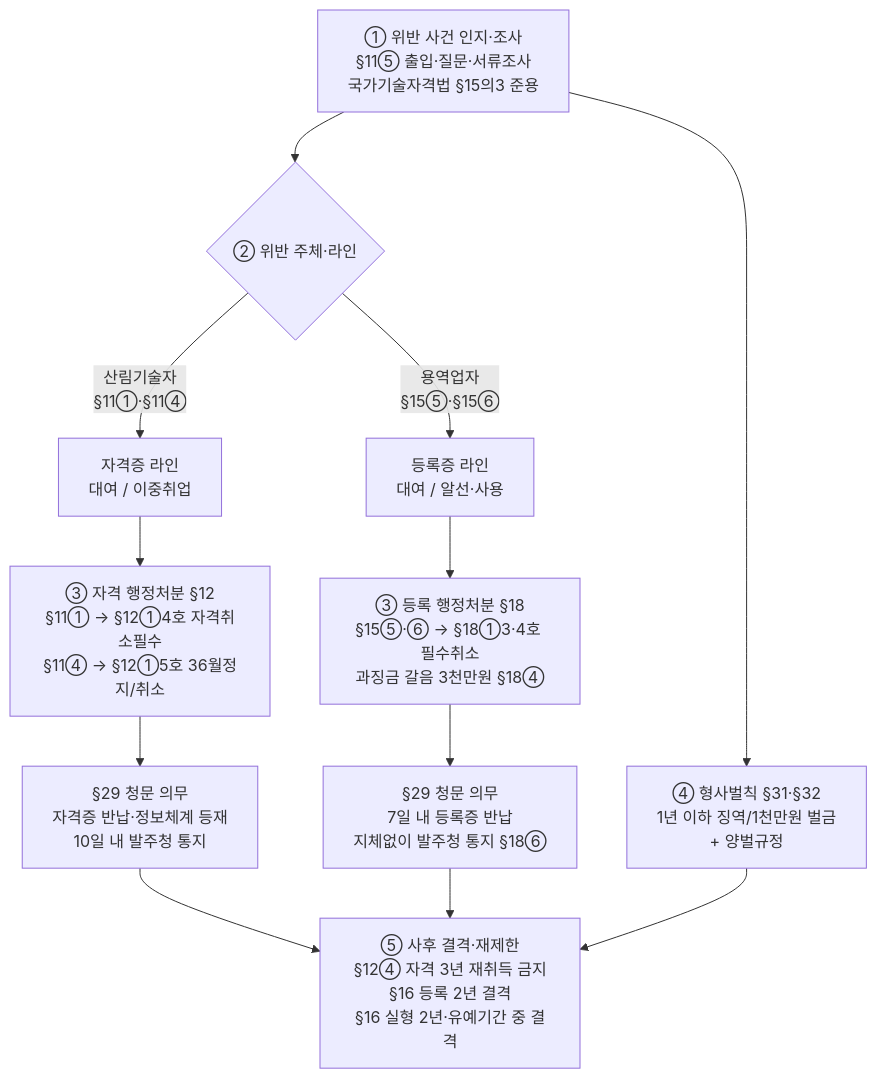
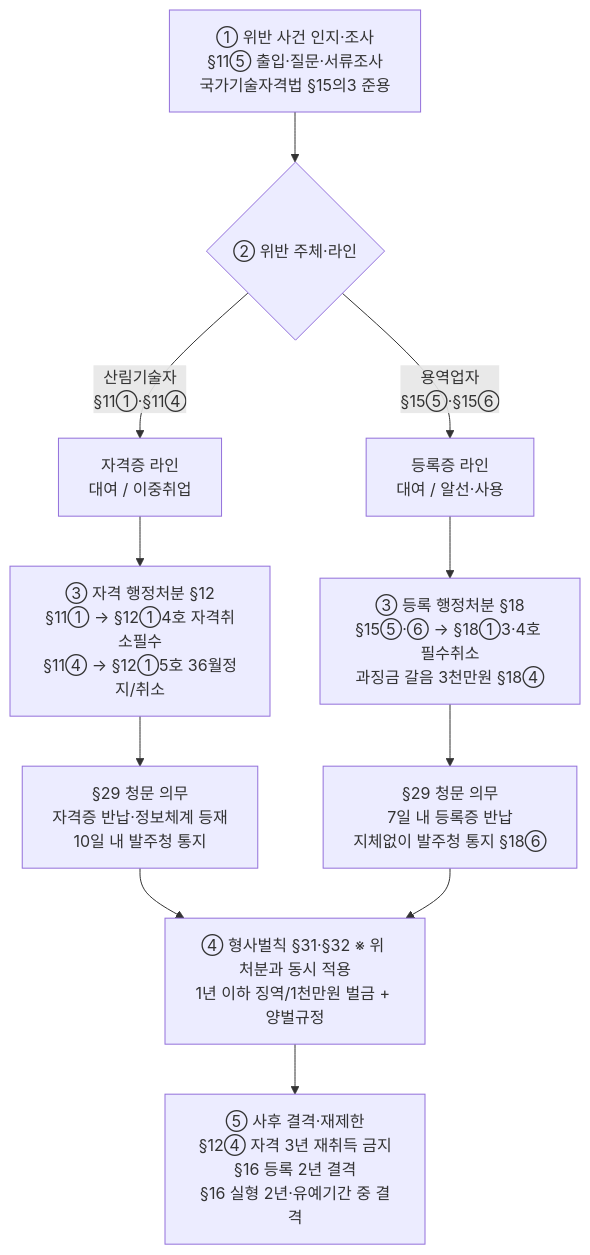
One commit to chinguli4/FM-WIKI changed the first of 2 diagrams in wiki/산림작업/자원조성/산림기술자_자격관리_체계.md. Above: the diagram before and after it, drawn with Mermaid. The commit also changed other lines of this file, not shown here.

First line of the commit message:
fix(자격관리 체계): mermaid 폭 추가 축소 — 단일 컬럼·엄격 2컬럼화

````diff
--- a/wiki/산림작업/자원조성/산림기술자_자격관리_체계.md
+++ b/wiki/산림작업/자원조성/산림기술자_자격관리_체계.md
@@ -37,20 +37,19 @@
 ```mermaid
 flowchart TD
     A[① 위반 사건 인지·조사<br/>§11⑤ 출입·질문·서류조사<br/>국가기술자격법 §15의3 준용]
     A --> B{② 위반 주체·라인}
 
     B -->|산림기술자<br/>§11①·§11④| T1[자격증 라인<br/>대여 / 이중취업]
     B -->|용역업자<br/>§15⑤·§15⑥| T2[등록증 라인<br/>대여 / 알선·사용]
 
     T1 --> P1[③ 자격 행정처분 §12<br/>§11① → §12①4호 자격취소필수<br/>§11④ → §12①5호 36월정지/취소]
     T2 --> P2[③ 등록 행정처분 §18<br/>§15⑤·⑥ → §18①3·4호 필수취소<br/>과징금 갈음 3천만원 §18④]
 
     P1 --> Q1[§29 청문 의무<br/>자격증 반납·정보체계 등재<br/>10일 내 발주청 통지]
     P2 --> Q2[§29 청문 의무<br/>7일 내 등록증 반납<br/>지체없이 발주청 통지 §18⑥]
 
-    A --> R[④ 형사벌칙 §31·§32<br/>1년 이하 징역/1천만원 벌금<br/>+ 양벌규정]
+    Q1 --> R[④ 형사벌칙 §31·§32 ※ 위 처분과 동시 적용<br/>1년 이하 징역/1천만원 벌금 + 양벌규정]
+    Q2 --> R
 
-    Q1 --> S[⑤ 사후 결격·재제한<br/>§12④ 자격 3년 재취득 금지<br/>§16 등록 2년 결격<br/>§16 실형 2년·유예기간 중 결격]
-    Q2 --> S
-    R --> S
+    R --> S[⑤ 사후 결격·재제한<br/>§12④ 자격 3년 재취득 금지<br/>§16 등록 2년 결격<br/>§16 실형 2년·유예기간 중 결격]
 ```
````
